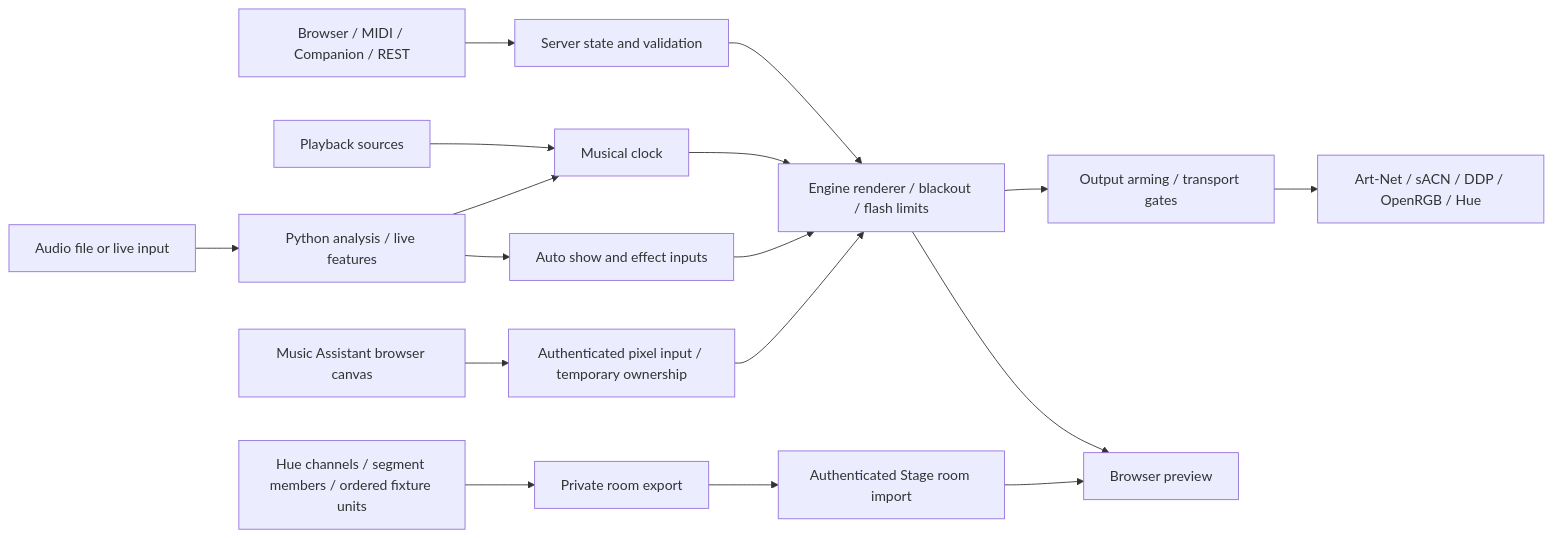
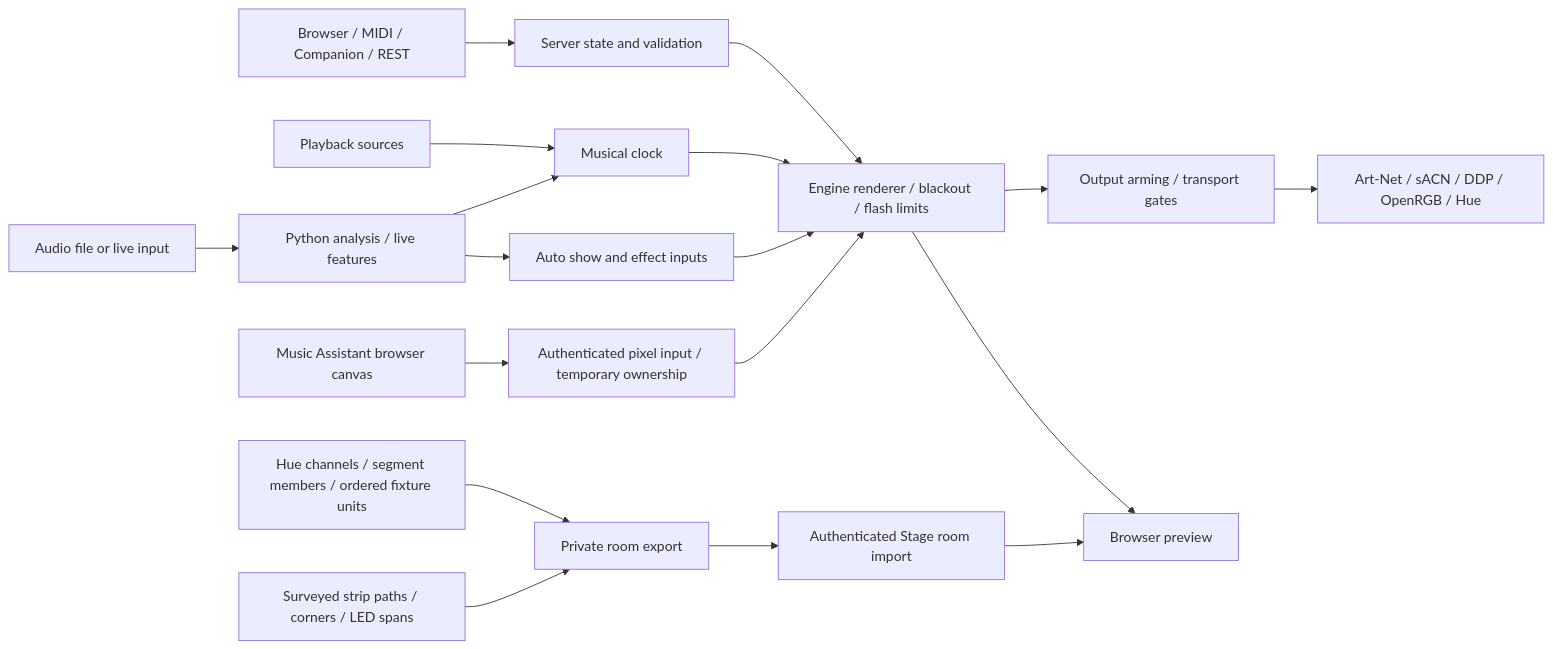
One commit to tyclab/artnet-lightshow changed the second of 4 diagrams in README.md. Above: the diagram before and after it, drawn with Mermaid. The commit also changed other lines of this file and 8 other files, not shown here.

Commit message:
Render surveyed room strips as continuous paths

````diff
--- a/README.md
+++ b/README.md
@@ -51,19 +51,20 @@
 ```mermaid
 flowchart LR
   Controls[Browser / MIDI / Companion / REST] --> Server[Server state and validation]
   Playback[Playback sources] --> Clock[Musical clock]
   Audio[Audio file or live input] --> Analysis[Python analysis / live features]
   Analysis --> Show[Auto show and effect inputs]
   Analysis --> Clock
   Screen[Music Assistant browser canvas] --> Pixels[Authenticated pixel input / temporary ownership]
   Pixels --> Engine
   Clock --> Engine[Engine renderer / blackout / flash limits]
   Server --> Engine
   Show --> Engine
   Engine --> Preview[Browser preview]
   HueMap[Hue channels / segment members / ordered fixture units] --> Room[Private room export]
+  Paths[Surveyed strip paths / corners / LED spans] --> Room
   Room --> RoomAPI[Authenticated Stage room import]
   RoomAPI --> Preview
   Engine --> Guard[Output arming / transport gates]
   Guard --> Outputs[Art-Net / sACN / DDP / OpenRGB / Hue]
 ```
````
